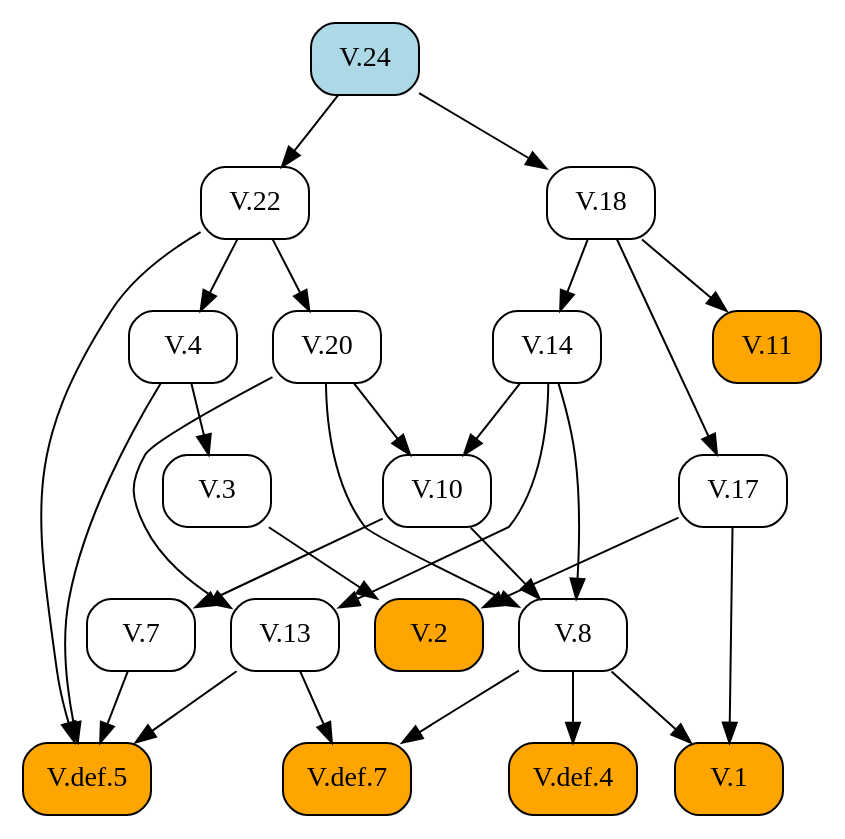
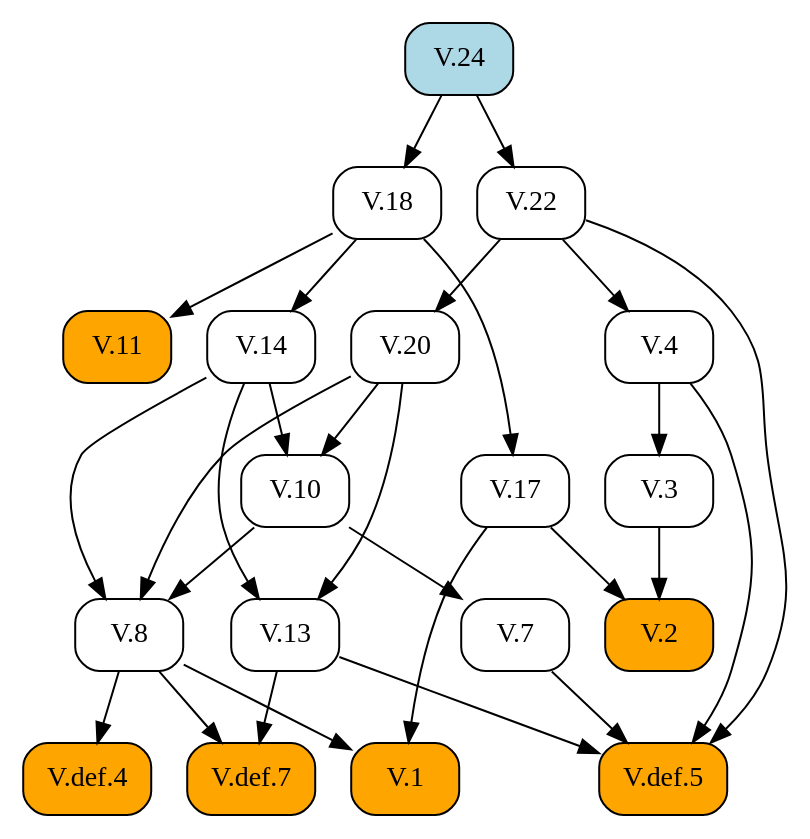
One commit to geometor/elements changed the diagram in docsrc/heath/V/24/index.rst. Above: the diagram before and after it, drawn with Graphviz. The commit also changed other lines of this file and 1029 other files, not shown here.

```diff
--- a/docsrc/heath/V/24/index.rst
+++ b/docsrc/heath/V/24/index.rst
@@ -50,51 +50,51 @@
 .. graphviz::
 
    digraph {
      rankdir="TB";
      node [shape=box, style=rounded];
-     "V.1" [style="rounded,filled", fillcolor=orange, URL="/heath/V/1/", target="_top"];
-     "V.10" [URL="/heath/V/10/", target="_top"];
-     "V.24" [style="rounded,filled", fillcolor=lightblue, URL="/heath/V/24/", target="_top"];
-     "V.20" [URL="/heath/V/20/", target="_top"];
-     "V.2" [style="rounded,filled", fillcolor=orange, URL="/heath/V/2/", target="_top"];
-     "V.def.4" [style="rounded,filled", fillcolor=orange, URL="/heath/V/def.4/", target="_top"];
-     "V.11" [style="rounded,filled", fillcolor=orange, URL="/heath/V/11/", target="_top"];
      "V.8" [URL="/heath/V/8/", target="_top"];
+     "V.14" [URL="/heath/V/14/", target="_top"];
+     "V.def.5" [style="rounded,filled", fillcolor=orange, URL="/heath/V/def.5/", target="_top"];
+     "V.17" [URL="/heath/V/17/", target="_top"];
      "V.22" [URL="/heath/V/22/", target="_top"];
      "V.4" [URL="/heath/V/4/", target="_top"];
+     "V.10" [URL="/heath/V/10/", target="_top"];
+     "V.1" [style="rounded,filled", fillcolor=orange, URL="/heath/V/1/", target="_top"];
+     "V.20" [URL="/heath/V/20/", target="_top"];
+     "V.13" [URL="/heath/V/13/", target="_top"];
+     "V.11" [style="rounded,filled", fillcolor=orange, URL="/heath/V/11/", target="_top"];
+     "V.24" [style="rounded,filled", fillcolor=lightblue, URL="/heath/V/24/", target="_top"];
      "V.7" [URL="/heath/V/7/", target="_top"];
-     "V.13" [URL="/heath/V/13/", target="_top"];
-     "V.17" [URL="/heath/V/17/", target="_top"];
+     "V.18" [URL="/heath/V/18/", target="_top"];
+     "V.def.4" [style="rounded,filled", fillcolor=orange, URL="/heath/V/def.4/", target="_top"];
+     "V.2" [style="rounded,filled", fillcolor=orange, URL="/heath/V/2/", target="_top"];
      "V.3" [URL="/heath/V/3/", target="_top"];
-     "V.18" [URL="/heath/V/18/", target="_top"];
      "V.def.7" [style="rounded,filled", fillcolor=orange, URL="/heath/V/def.7/", target="_top"];
-     "V.def.5" [style="rounded,filled", fillcolor=orange, URL="/heath/V/def.5/", target="_top"];
-     "V.14" [URL="/heath/V/14/", target="_top"];
-     "V.8" -> "V.1";
-     "V.17" -> "V.1";
-     "V.14" -> "V.10";
-     "V.20" -> "V.10";
-     "V.22" -> "V.20";
-     "V.3" -> "V.2";
-     "V.17" -> "V.2";
-     "V.8" -> "V.def.4";
-     "V.18" -> "V.11";
      "V.10" -> "V.8";
      "V.14" -> "V.8";
      "V.20" -> "V.8";
-     "V.24" -> "V.22";
-     "V.22" -> "V.4";
-     "V.10" -> "V.7";
-     "V.14" -> "V.13";
-     "V.20" -> "V.13";
-     "V.18" -> "V.17";
-     "V.4" -> "V.3";
-     "V.24" -> "V.18";
-     "V.8" -> "V.def.7";
-     "V.13" -> "V.def.7";
+     "V.18" -> "V.14";
      "V.4" -> "V.def.5";
      "V.7" -> "V.def.5";
      "V.13" -> "V.def.5";
      "V.22" -> "V.def.5";
-     "V.18" -> "V.14";
+     "V.18" -> "V.17";
+     "V.24" -> "V.22";
+     "V.22" -> "V.4";
+     "V.14" -> "V.10";
+     "V.20" -> "V.10";
+     "V.8" -> "V.1";
+     "V.17" -> "V.1";
+     "V.22" -> "V.20";
+     "V.14" -> "V.13";
+     "V.20" -> "V.13";
+     "V.18" -> "V.11";
+     "V.10" -> "V.7";
+     "V.24" -> "V.18";
+     "V.8" -> "V.def.4";
+     "V.3" -> "V.2";
+     "V.17" -> "V.2";
+     "V.4" -> "V.3";
+     "V.8" -> "V.def.7";
+     "V.13" -> "V.def.7";
    }
```
